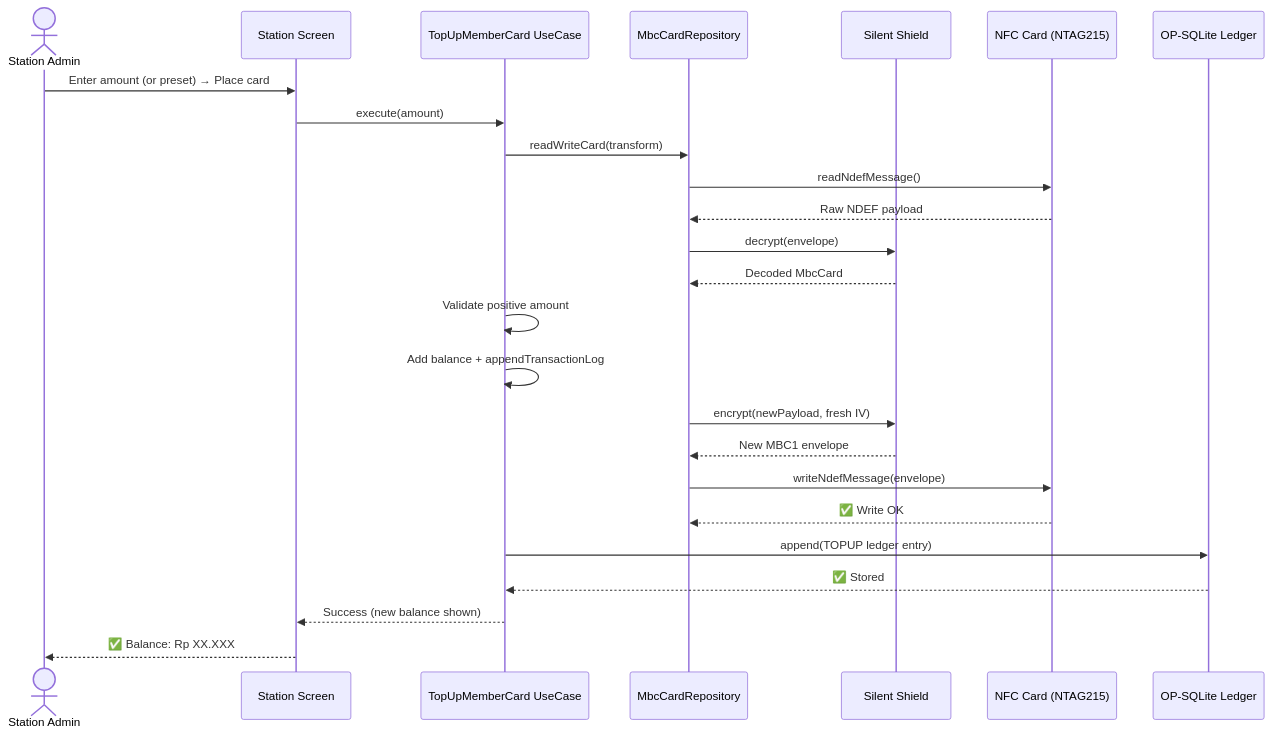
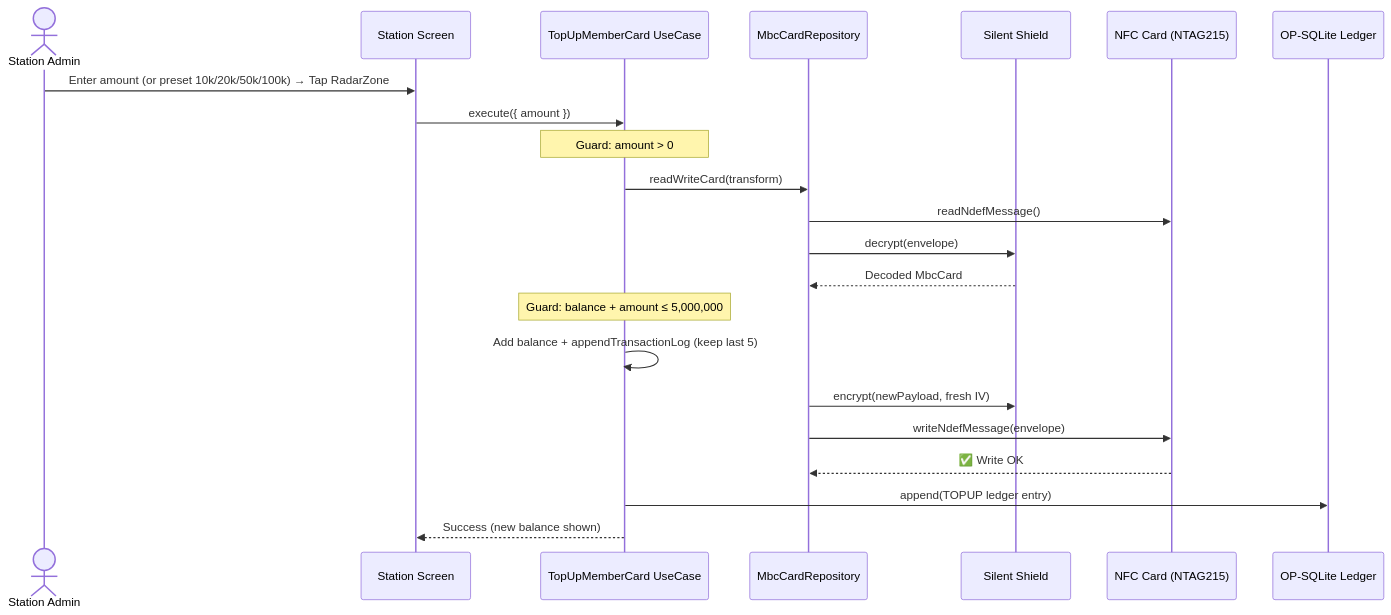
Before and after one commit to Schitzos/mbc-nfc: the fourth of 16 diagrams in docs/PRESENTATION.md, drawn with Mermaid. The commit also changed other lines of this file and 1 other file, not shown here.

````diff
--- a/docs/PRESENTATION.md
+++ b/docs/PRESENTATION.md
@@ -177,28 +232,25 @@
 ```mermaid
 sequenceDiagram
     actor Admin as Station Admin
     participant UI as Station Screen
     participant UC as TopUpMemberCard UseCase
     participant Repo as MbcCardRepository
     participant Shield as Silent Shield
     participant Card as NFC Card (NTAG215)
     participant DB as OP-SQLite Ledger
 
-    Admin->>UI: Enter amount (or preset) → Place card
-    UI->>UC: execute(amount)
+    Admin->>UI: Enter amount (or preset 10k/20k/50k/100k) → Tap RadarZone
+    UI->>UC: execute({ amount })
+    Note over UC: Guard: amount > 0
     UC->>Repo: readWriteCard(transform)
     Repo->>Card: readNdefMessage()
-    Card-->>Repo: Raw NDEF payload
     Repo->>Shield: decrypt(envelope)
     Shield-->>Repo: Decoded MbcCard
-    UC->>UC: Validate positive amount
-    UC->>UC: Add balance + appendTransactionLog
+    Note over UC: Guard: balance + amount ≤ 5,000,000
+    UC->>UC: Add balance + appendTransactionLog (keep last 5)
     Repo->>Shield: encrypt(newPayload, fresh IV)
-    Shield-->>Repo: New MBC1 envelope
     Repo->>Card: writeNdefMessage(envelope)
     Card-->>Repo: ✅ Write OK
     UC->>DB: append(TOPUP ledger entry)
-    DB-->>UC: ✅ Stored
     UC-->>UI: Success (new balance shown)
-    UI-->>Admin: ✅ Balance: Rp XX.XXX
 ```
````
